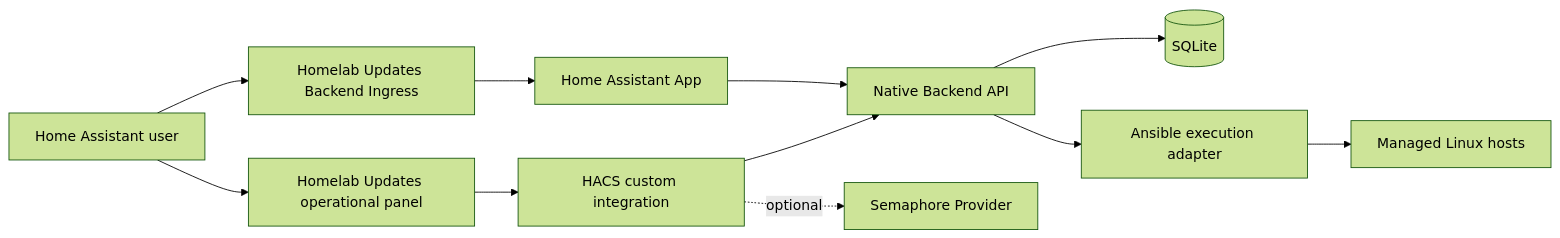
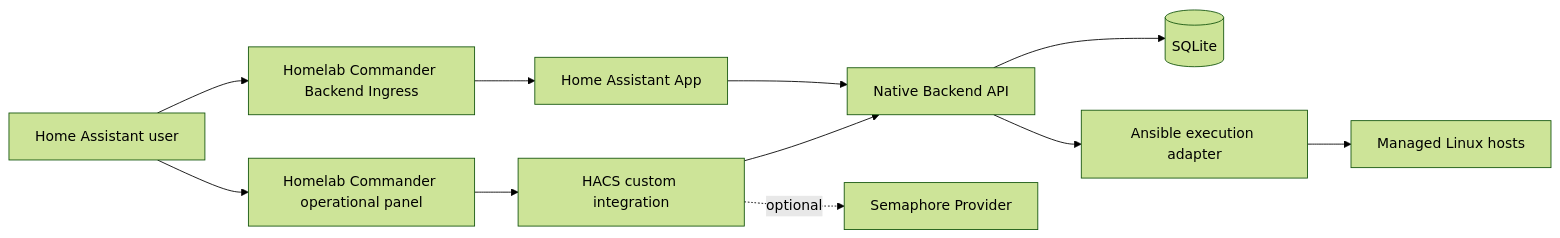
The first of 2 diagrams in docs/02-architecture/overview.md (V3rfr3ss3n/Homelab-Commander), drawn with Mermaid (forest theme) before and after one commit. The commit also changed other lines of this file and 52 other files, not shown here.

Commit message:
feat: introduce Homelab Commander identity and backend discovery

````diff
--- a/docs/02-architecture/overview.md
+++ b/docs/02-architecture/overview.md
@@ -12,13 +12,13 @@
 ```mermaid
 flowchart LR
-    U[Home Assistant user] --> HP[Homelab Updates operational panel]
-    U --> UI[Homelab Updates Backend Ingress]
+    U[Home Assistant user] --> HP[Homelab Commander operational panel]
+    U --> UI[Homelab Commander Backend Ingress]
     HP --> HA[HACS custom integration]
     HA --> NB[Native Backend API]
     HA -. optional .-> SE[Semaphore Provider]
     UI --> APP[Home Assistant App]
     APP --> NB
     NB --> DB[(SQLite)]
     NB --> AN[Ansible execution adapter]
     AN --> H[Managed Linux hosts]
 ```
````
